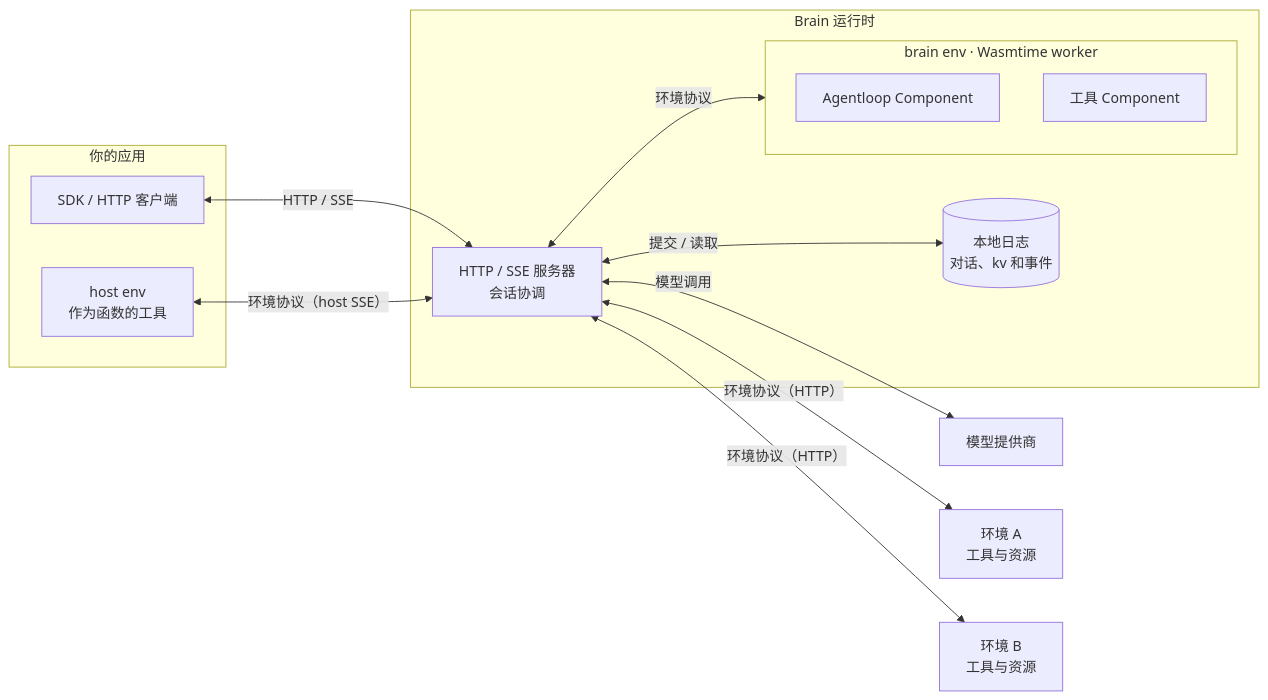
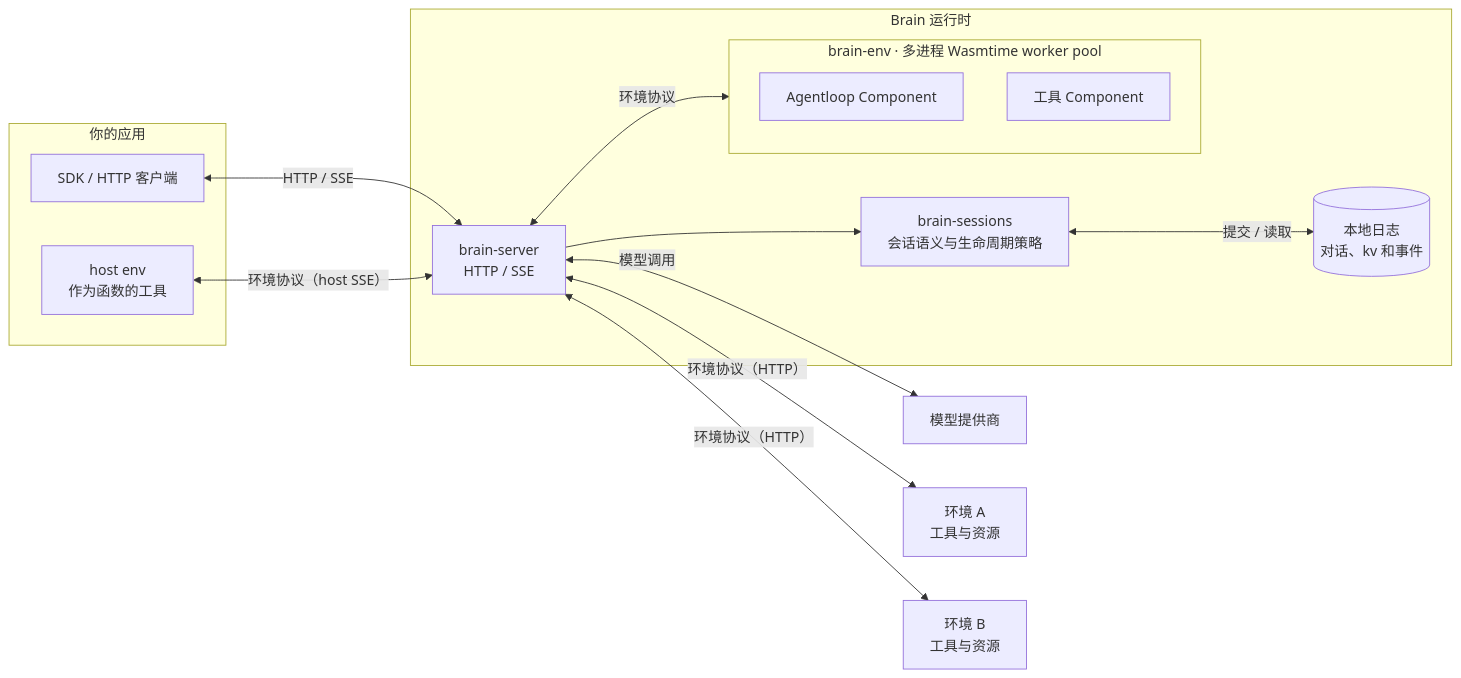
The diagram in README.cn.md (aexhq/brain), drawn with Mermaid before and after one commit. The commit also changed other lines of this file and 153 other files, not shown here.

First line of the commit message:
env: extract sessions and normalize native environment execution (#185)

````diff
--- a/README.cn.md
+++ b/README.cn.md
@@ -59,24 +59,26 @@
 ```mermaid
 flowchart LR
   subgraph App["你的应用"]
     Client["SDK / HTTP 客户端"]
     Host["host env<br/>作为函数的工具"]
   end
 
   subgraph Brain["Brain 运行时"]
-    Server["HTTP / SSE 服务器<br/>会话协调"]
+    Server["brain-server<br/>HTTP / SSE"]
+    Sessions["brain-sessions<br/>会话语义与生命周期策略"]
     Journal[("本地日志<br/>对话、kv 和事件")]
-    subgraph BrainEnv["brain env · Wasmtime worker"]
+    subgraph BrainEnv["brain-env · 多进程 Wasmtime worker pool"]
       Loop["Agentloop Component"]
       Native["工具 Component"]
     end
-    Server <-->|"提交 / 读取"| Journal
+    Server --> Sessions
+    Sessions <-->|"提交 / 读取"| Journal
     Server <-->|"环境协议"| BrainEnv
   end
 
   Client <-->|"HTTP / SSE"| Server
   Host <-->|"环境协议（host SSE）"| Server
   Server <-->|"模型调用"| Models["模型提供商"]
   Server <-->|"环境协议（HTTP）"| EnvA["环境 A<br/>工具与资源"]
   Server <-->|"环境协议（HTTP）"| EnvB["环境 B<br/>工具与资源"]
 ```
````
